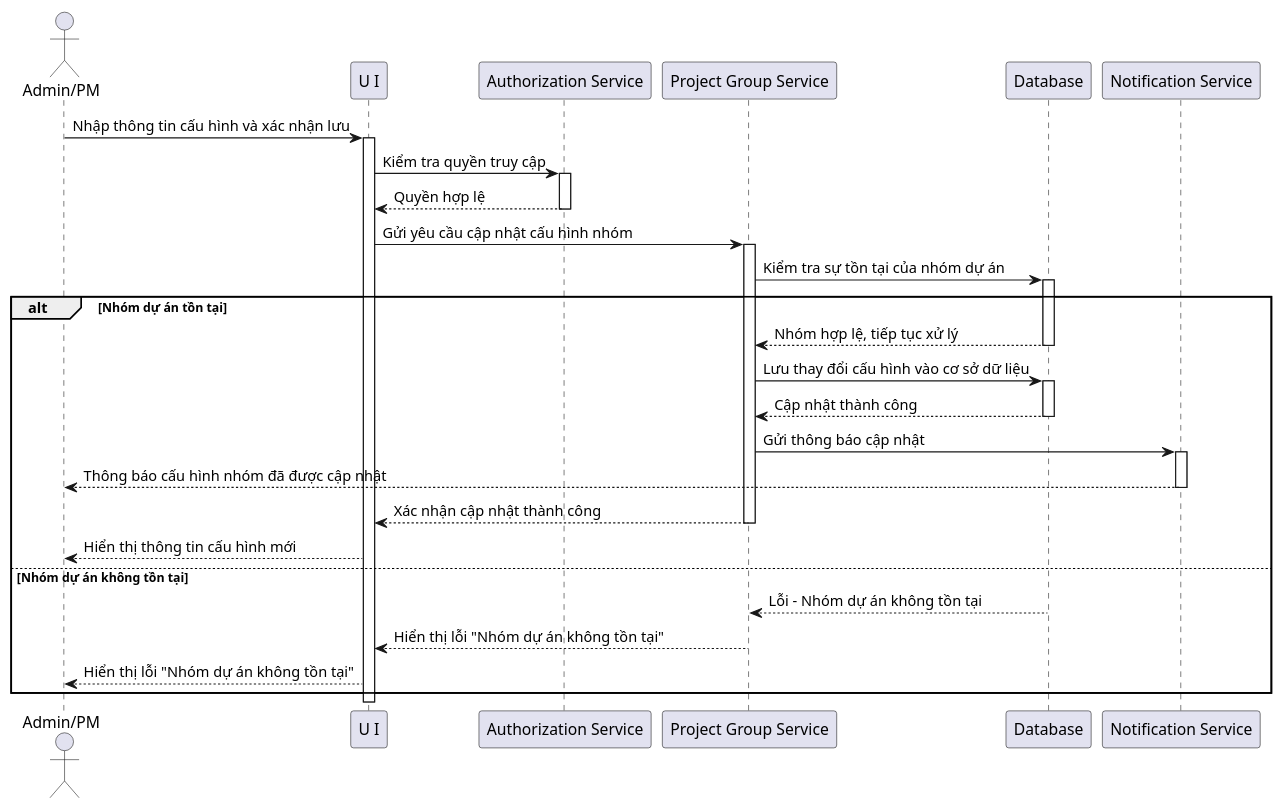
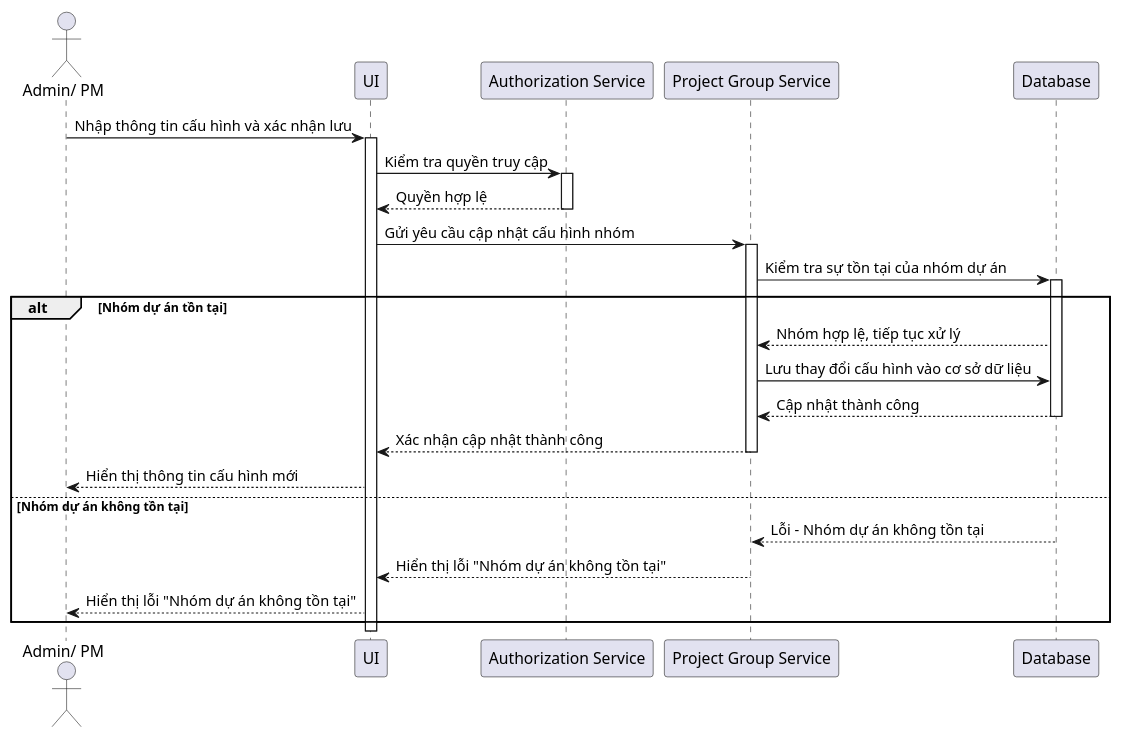
One commit to MaiDucDuy05/UML changed the diagram in module2/CauHinh.puml. Above: the diagram before and after it, drawn with PlantUML. The commit also changed 12 other files, not shown here.

```diff
--- a/module2/CauHinh.puml
+++ b/module2/CauHinh.puml
@@ -1,51 +1,47 @@
 @startuml
-actor "Admin/PM" as User
+actor "Admin/ PM" as User
 
-participant "U I" as UI
+participant "UI" as UI
 participant "Authorization Service"
 participant "Project Group Service" as System
 participant "Database" as DB
-participant "Notification Service"
 
 User -> UI: Nhập thông tin cấu hình và xác nhận lưu
 activate UI
 
 UI -> "Authorization Service": Kiểm tra quyền truy cập
 activate "Authorization Service"
 
 "Authorization Service" --> UI: Quyền hợp lệ
 deactivate "Authorization Service"
 
 UI -> System: Gửi yêu cầu cập nhật cấu hình nhóm
 activate System
 
 System -> DB: Kiểm tra sự tồn tại của nhóm dự án
 activate DB
 
 alt Nhóm dự án tồn tại
     DB --> System: Nhóm hợp lệ, tiếp tục xử lý
-    deactivate DB
+    ' deactivate DB
 
     System -> DB: Lưu thay đổi cấu hình vào cơ sở dữ liệu
-    activate DB
+    ' activate DB
+
     DB --> System: Cập nhật thành công
     deactivate DB
 
-    System -> "Notification Service": Gửi thông báo cập nhật
-    activate "Notification Service"
-    "Notification Service" --> User: Thông báo cấu hình nhóm đã được cập nhật
-    deactivate "Notification Service"
 
     System --> UI: Xác nhận cập nhật thành công
     deactivate System
     UI --> User: Hiển thị thông tin cấu hình mới
 
 else Nhóm dự án không tồn tại
     DB --> System: Lỗi - Nhóm dự án không tồn tại
     deactivate DB
     System --> UI: Hiển thị lỗi "Nhóm dự án không tồn tại"
     UI --> User: Hiển thị lỗi "Nhóm dự án không tồn tại"
     deactivate System
 end
 
 @enduml
```
